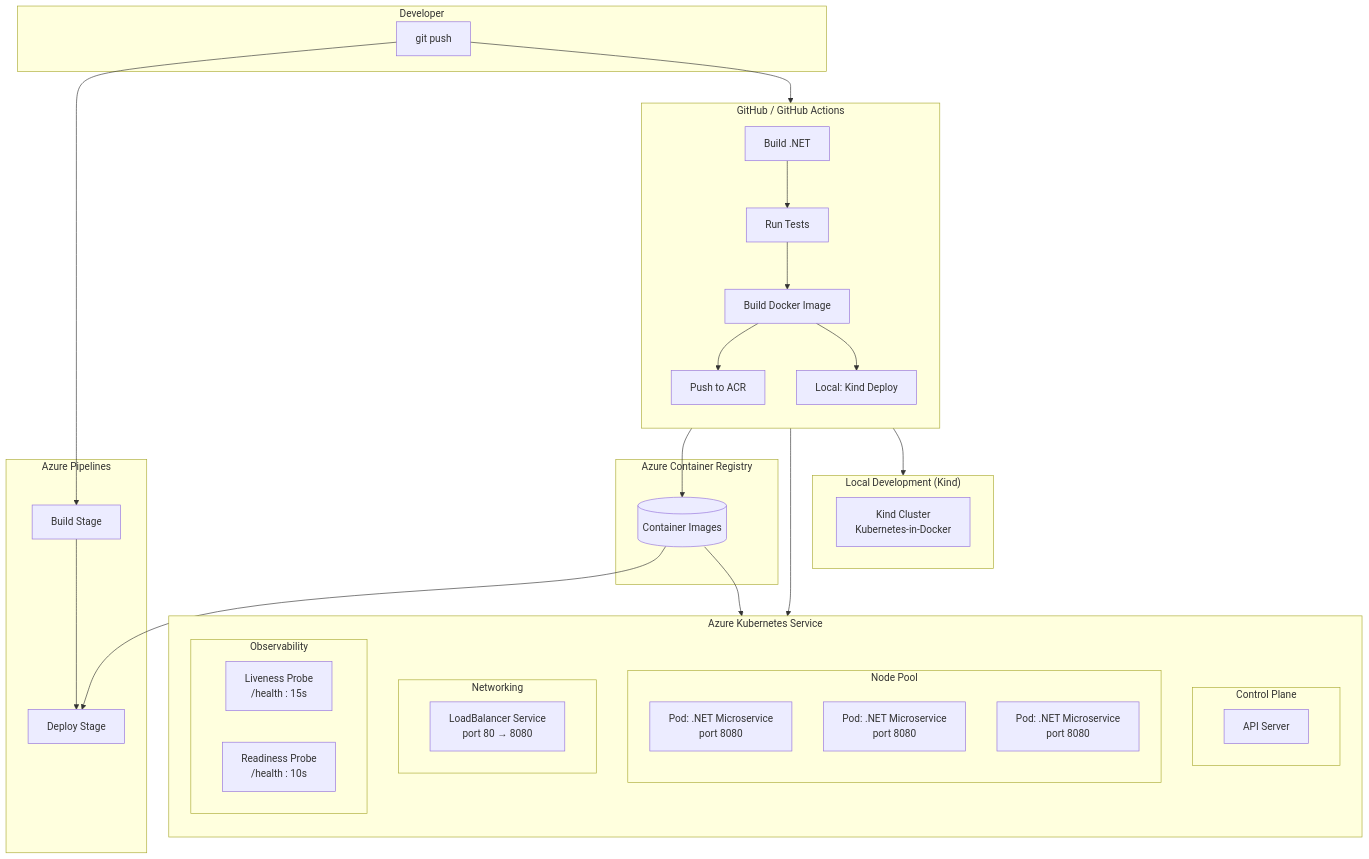
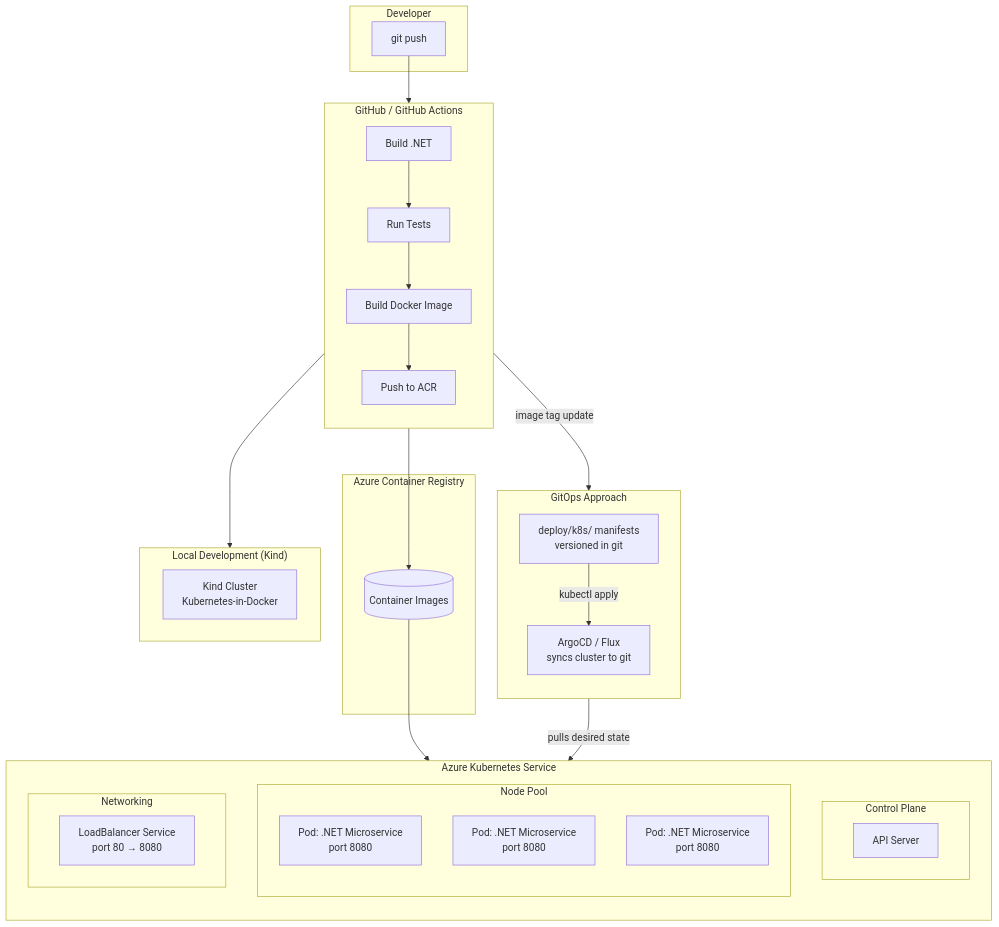
The first of 2 diagrams in README.md (tukue/azure-dotnetservice), drawn with Mermaid before and after one commit. The commit also changed other lines of this file, not shown here.

Commit message:
Add GitOps extension section with ArgoCD/Flux migration guide

````diff
--- a/README.md
+++ b/README.md
@@ -20,54 +20,51 @@
 ```mermaid
 flowchart TB
     subgraph Developer["Developer"]
         DEV[git push]
     end
 
     subgraph GH["GitHub / GitHub Actions"]
         direction TB
         BUILD[Build .NET] --> TEST[Run Tests]
         TEST --> DOCKER[Build Docker Image]
         DOCKER --> PUSH[Push to ACR]
-        DOCKER --> DRYRUN[Local: Kind Deploy]
     end
 
     subgraph ACR["Azure Container Registry"]
         REGISTRY[(Container Images)]
     end
 
-    subgraph AZDO["Azure Pipelines"]
-        AZBUILD[Build Stage] --> AZDEPLOY[Deploy Stage]
+    subgraph GitOps["GitOps Approach"]
+        direction TB
+        MANIFESTS[deploy/k8s/ manifests<br/>versioned in git]
+        ARGO[ArgoCD / Flux<br/>syncs cluster to git]
+        MANIFESTS -->|kubectl apply| ARGO
     end
 
     subgraph AKS["Azure Kubernetes Service"]
         direction TB
         subgraph ControlPlane["Control Plane"]
             API[API Server]
         end
         subgraph Nodes["Node Pool"]
             direction TB
             P1[Pod: .NET Microservice<br/>port 8080]
             P2[Pod: .NET Microservice<br/>port 8080]
             P3[Pod: .NET Microservice<br/>port 8080]
         end
         subgraph Services["Networking"]
             SVC[LoadBalancer Service<br/>port 80 → 8080]
         end
-        subgraph Health["Observability"]
-            LIV[Liveness Probe<br/>/health : 15s]
-            READY[Readiness Probe<br/>/health : 10s]
-        end
     end
 
     subgraph Local["Local Development (Kind)"]
         KIND[Kind Cluster<br/>Kubernetes-in-Docker]
     end
 
     DEV --> BUILD
-    DEV --> AZBUILD
     PUSH --> REGISTRY
     REGISTRY --> AKS
-    REGISTRY --> AZDEPLOY
-    GH --> AKS
+    ARGO -->|pulls desired state| AKS
+    GH -->|image tag update| MANIFESTS
     GH --> Local
 ```
````
